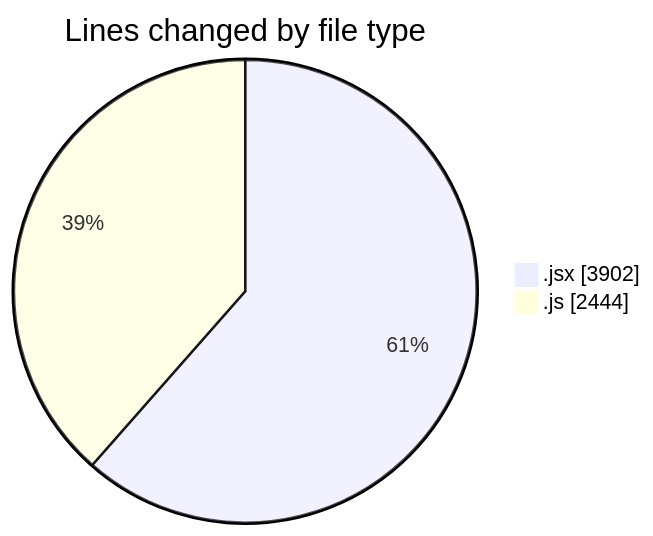
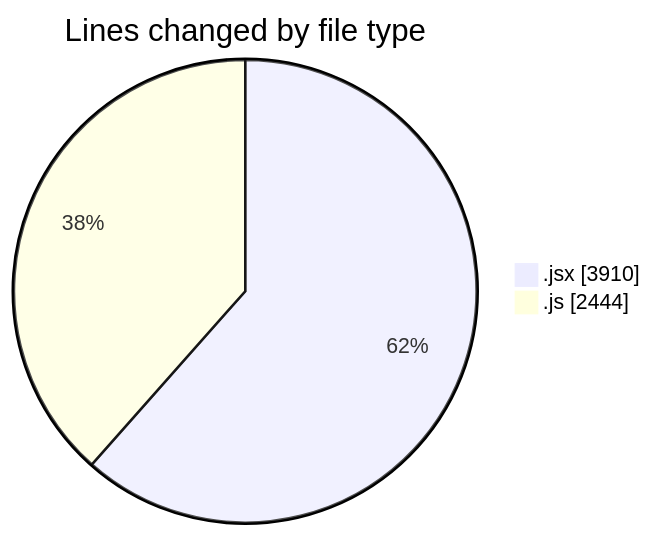
Before and after one commit to nxtqubesakshisongat/code-tracking: the first of 2 diagrams in 2025-11-06/nxtqube_webapp/README.md, drawn with Mermaid. The commit also changed other lines of this file and 1 other file, not shown here.

````diff
--- a/2025-11-06/nxtqube_webapp/README.md
+++ b/2025-11-06/nxtqube_webapp/README.md
@@ -31,6 +31,6 @@
 ```mermaid
 pie showData
 title Lines changed by file type
-".jsx" : 3902
+".jsx" : 3910
 ".js" : 2444
 ```
````
